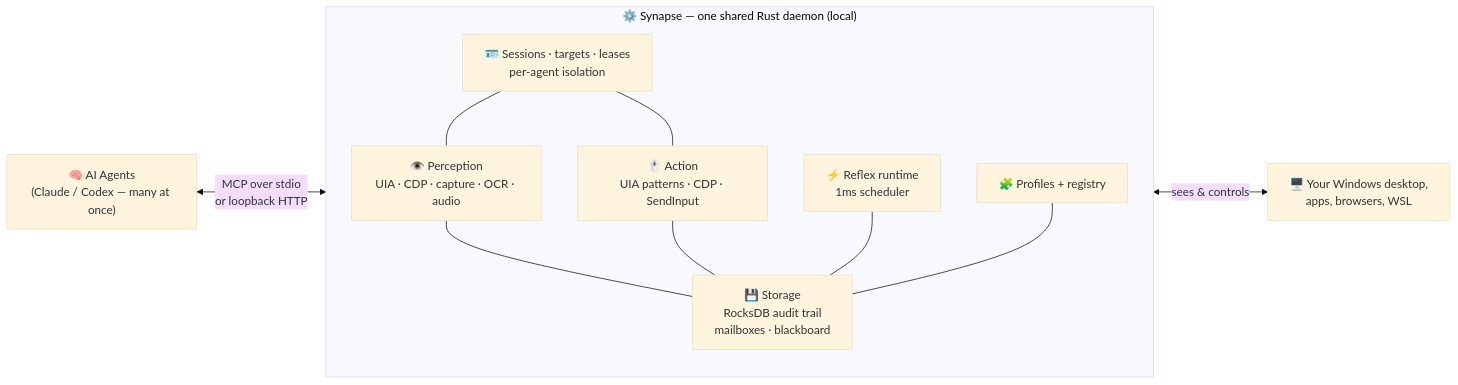
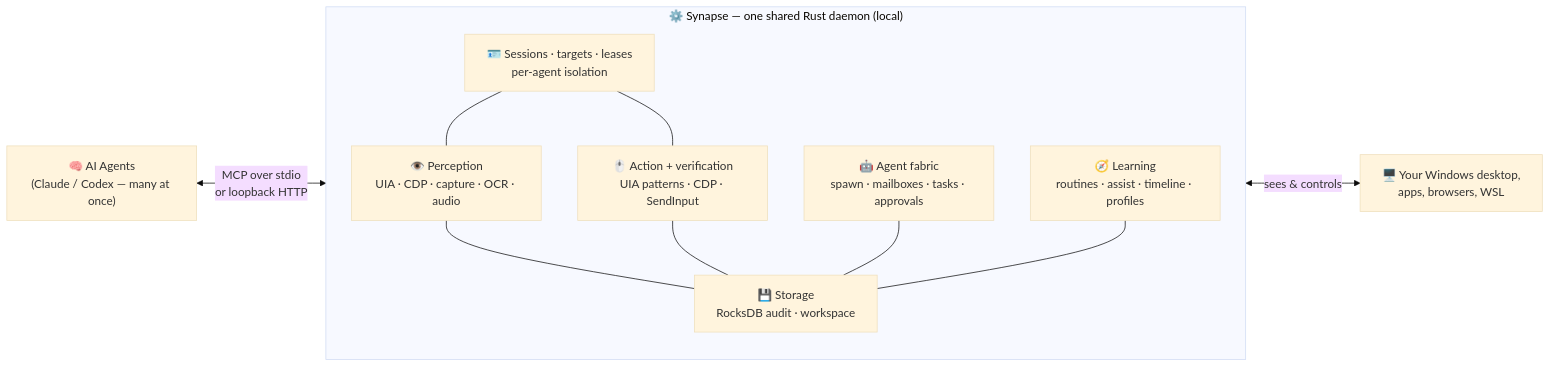
The first of 2 diagrams in README.md (ste-bah/Synapse), drawn with Mermaid (base theme) before and after one commit. The commit also changed other lines of this file and 6 other files, not shown here.

````diff
--- a/README.md
+++ b/README.md
@@ -307,19 +396,19 @@
 ```mermaid
 flowchart LR
     A["🧠 AI Agents<br/>(Claude / Codex — many at once)"] <-->|MCP over stdio<br/>or loopback HTTP| B
     subgraph B["⚙️ Synapse — one shared Rust daemon (local)"]
         SES["🪪 Sessions · targets · leases<br/>per-agent isolation"]
         P["👁️ Perception<br/>UIA · CDP · capture · OCR · audio"]
-        ACT["🖱️ Action<br/>UIA patterns · CDP · SendInput"]
-        RX["⚡ Reflex runtime<br/>1ms scheduler"]
-        ST["💾 Storage<br/>RocksDB audit trail<br/>mailboxes · blackboard"]
-        PR["🧩 Profiles + registry"]
+        ACT["🖱️ Action + verification<br/>UIA patterns · CDP · SendInput"]
+        FAB["🤖 Agent fabric<br/>spawn · mailboxes · tasks · approvals"]
+        LRN["🧭 Learning<br/>routines · assist · timeline · profiles"]
+        ST["💾 Storage<br/>RocksDB audit · workspace"]
     end
     B <-->|sees & controls| W["🖥️ Your Windows desktop,<br/>apps, browsers, WSL"]
     SES --- P
     SES --- ACT
     P --- ST
     ACT --- ST
-    RX --- ST
-    PR --- ST
+    FAB --- ST
+    LRN --- ST
 ```
````
